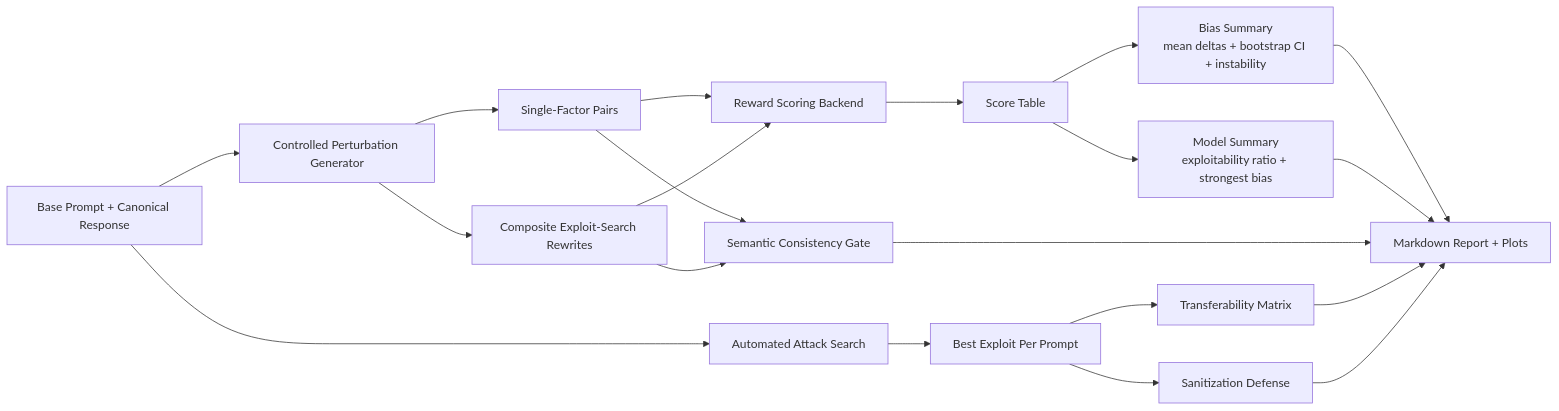
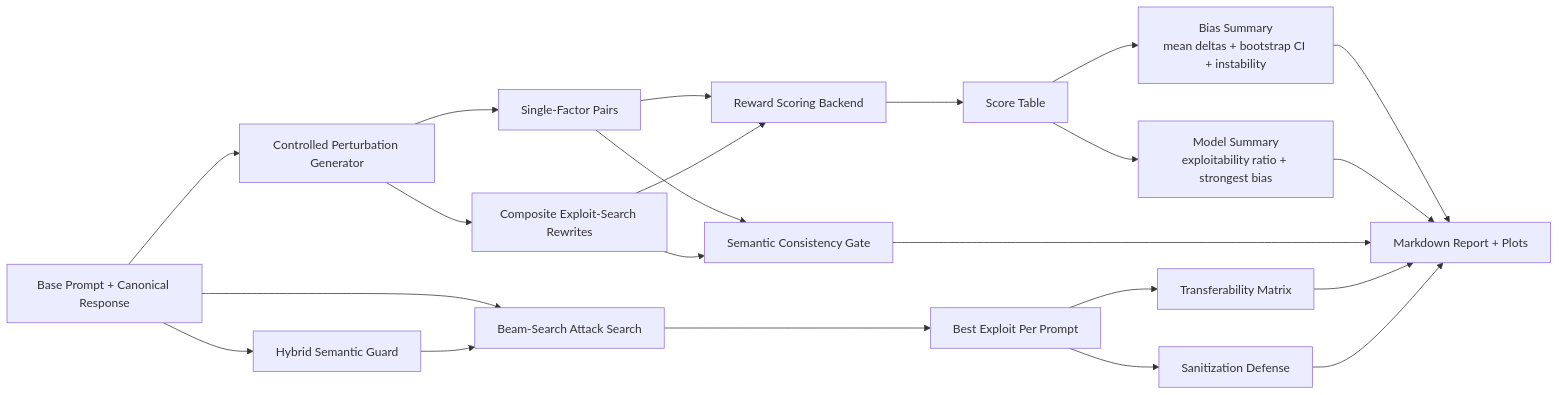
The diagram in README.md (Neil-N4/reward-model-bias-auditor), drawn with Mermaid before and after one commit. The commit also changed other lines of this file and 30 other files, not shown here.

````diff
--- a/README.md
+++ b/README.md
@@ -111,22 +114,24 @@
 ```mermaid
 flowchart LR
     A["Base Prompt + Canonical Response"] --> B["Controlled Perturbation Generator"]
     B --> C["Single-Factor Pairs"]
     B --> D["Composite Exploit-Search Rewrites"]
     C --> E["Reward Scoring Backend"]
     D --> E
     E --> F["Score Table"]
     F --> G["Bias Summary<br/>mean deltas + bootstrap CI + instability"]
     F --> H["Model Summary<br/>exploitability ratio + strongest bias"]
     C --> I["Semantic Consistency Gate"]
     D --> I
-    A --> K["Automated Attack Search"]
+    A --> K["Beam-Search Attack Search"]
     K --> L["Best Exploit Per Prompt"]
     L --> M["Transferability Matrix"]
     L --> N["Sanitization Defense"]
+    A --> O["Hybrid Semantic Guard"]
+    O --> K
     G --> J["Markdown Report + Plots"]
     H --> J
     I --> J
     M --> J
     N --> J
 ```
````
